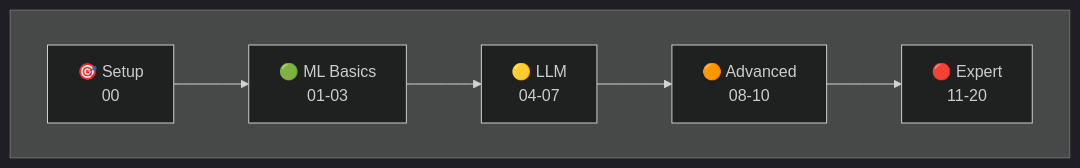
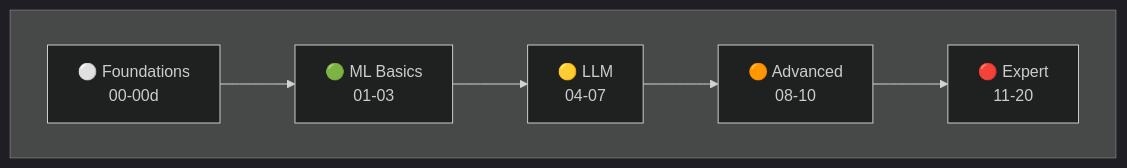
The diagram in README.md (depalmar/ai_for_the_win), drawn with Mermaid (dark theme) before and after one commit. The commit also changed other lines of this file, not shown here.

````diff
--- a/README.md
+++ b/README.md
@@ -66,7 +66,7 @@
 ```mermaid
 flowchart LR
     subgraph S[" "]
         direction LR
-        A["🎯 Setup<br/>00"] --> B["🟢 ML Basics<br/>01-03"] --> C["🟡 LLM<br/>04-07"] --> D["🟠 Advanced<br/>08-10"] --> E["🔴 Expert<br/>11-20"]
+        A["⚪ Foundations<br/>00-00d"] --> B["🟢 ML Basics<br/>01-03"] --> C["🟡 LLM<br/>04-07"] --> D["🟠 Advanced<br/>08-10"] --> E["🔴 Expert<br/>11-20"]
     end
 ```
````
